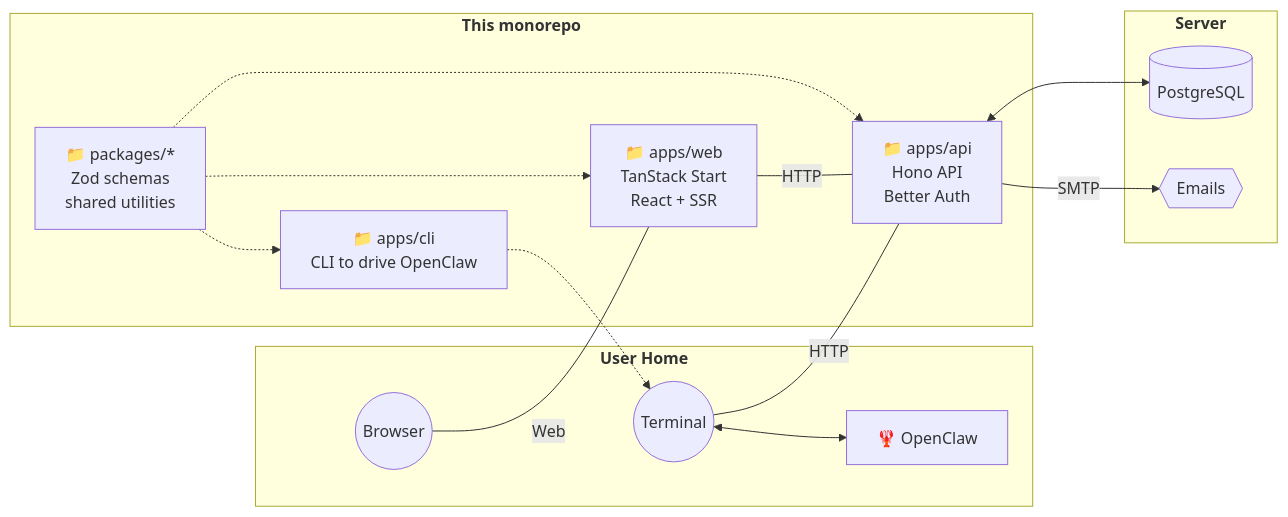
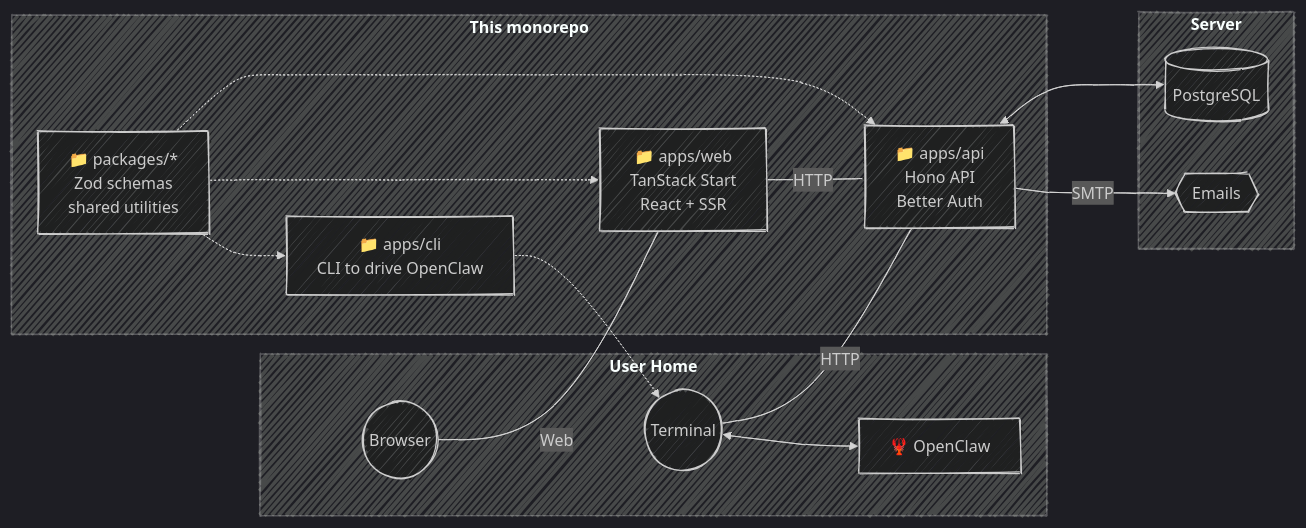
One commit to SubZtep/kaja changed the diagram in docs/index.md. Above: the diagram before and after it, drawn with Mermaid. The commit also changed 1 other file, not shown here.

Commit message:
docs: mermaid config

````diff
--- a/docs/index.md
+++ b/docs/index.md
@@ -15,33 +15,38 @@
 ```mermaid
+---
+config:
+  look: handDrawn
+  theme: dark
+---
 flowchart LR
   subgraph "`**User Home**`"
     U((Browser))
     UW((Terminal))
     O["🦞 OpenClaw"]
   end
 
   subgraph "`**Server**`"
     D[(PostgreSQL)]
     E{{Emails}}
   end
 
   subgraph "`**This monorepo**`"
     A["📁 apps/api<br/>Hono API<br/>Better Auth"]
     W["📁 apps/web<br/>TanStack Start<br/>React + SSR"]
     P["📁 packages/*<br/>Zod schemas<br/>shared utilities"]
     WW["📁 apps/cli<br/>CLI to drive OpenClaw"]
   end
 
   P -.-> A
   P -.-> W
   P -.-> WW
 
   U -- Web --- W
   UW -- HTTP --- A
   UW <--> O
   WW -.-> UW
 
   W -- HTTP --- A
   A <--> D
   A -- SMTP --> E
 ```
````
